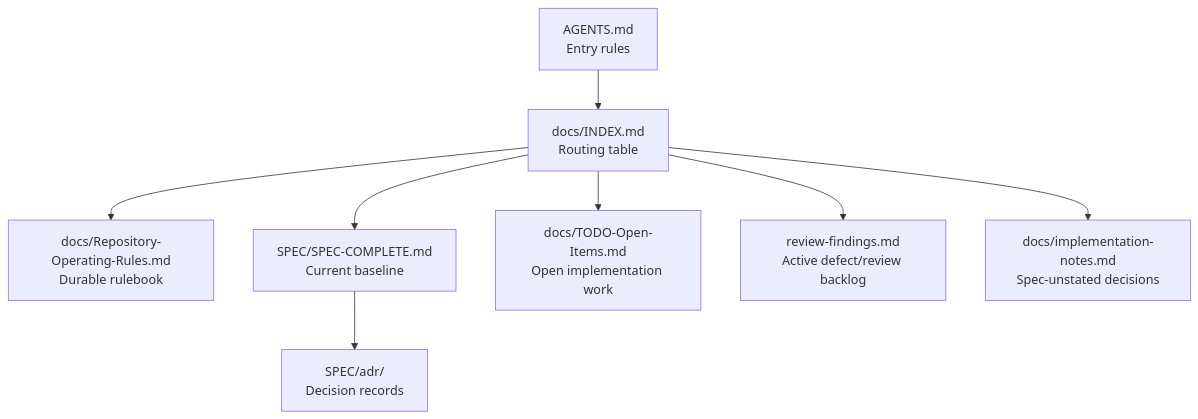
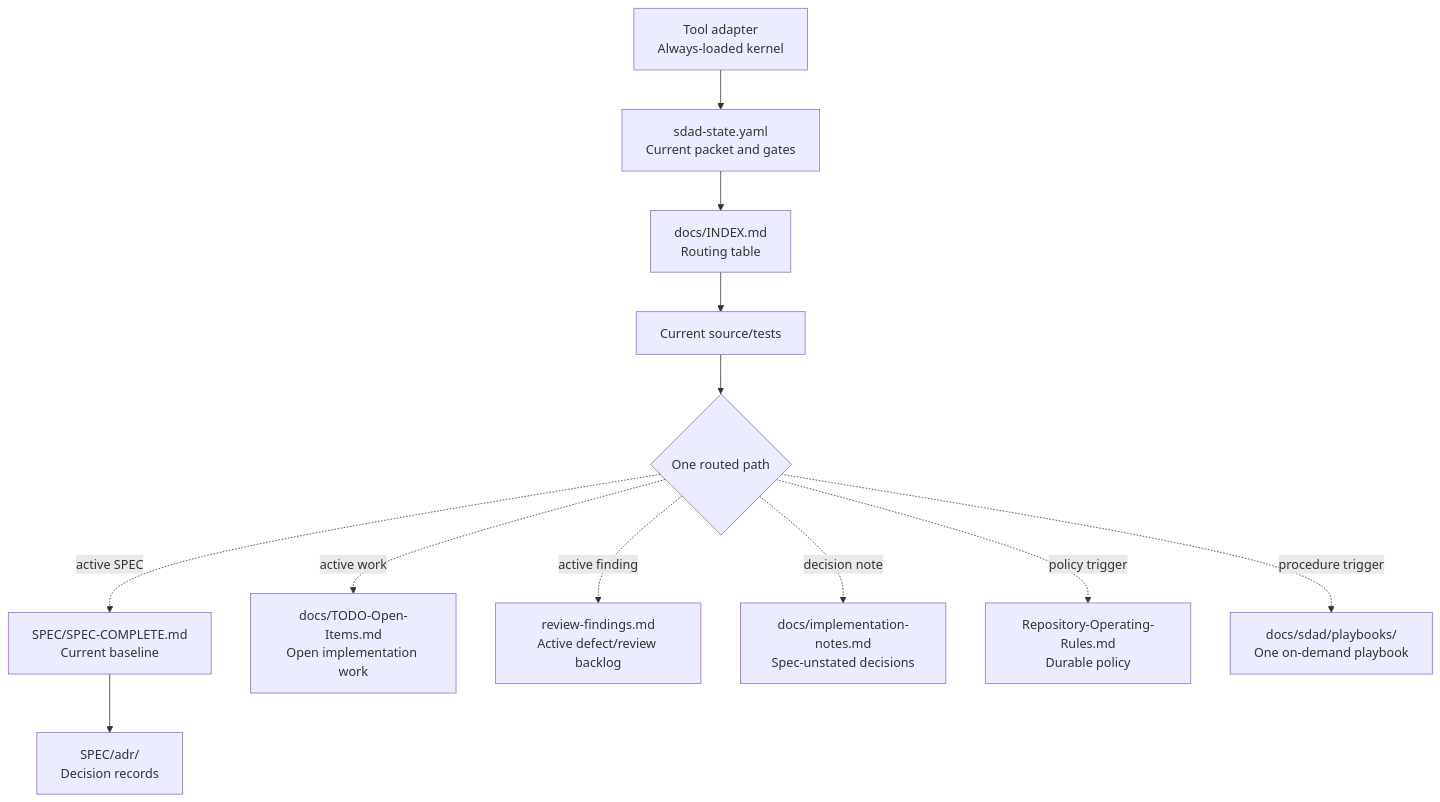
The seventh of 8 diagrams in docs/diagrams.md (LiveTrack-X/spec-driven-ai-development), drawn with Mermaid before and after one commit. The commit also changed other lines of this file and 77 other files, not shown here.

````diff
--- a/docs/diagrams.md
+++ b/docs/diagrams.md
@@ -121,10 +128,14 @@
 ```mermaid
 flowchart TD
-    A["AGENTS.md\nEntry rules"] --> I["docs/INDEX.md\nRouting table"]
-    I --> R["docs/Repository-Operating-Rules.md\nDurable rulebook"]
-    I --> S["SPEC/SPEC-COMPLETE.md\nCurrent baseline"]
-    I --> T["docs/TODO-Open-Items.md\nOpen implementation work"]
-    I --> F["review-findings.md\nActive defect/review backlog"]
-    I --> N["docs/implementation-notes.md\nSpec-unstated decisions"]
+    A["Tool adapter\nAlways-loaded kernel"] --> X["sdad-state.yaml\nCurrent packet and gates"]
+    X --> I["docs/INDEX.md\nRouting table"]
+    I --> C["Current source/tests"]
+    C --> Q{"One routed path"}
+    Q -. "active SPEC" .-> S["SPEC/SPEC-COMPLETE.md\nCurrent baseline"]
+    Q -. "active work" .-> T["docs/TODO-Open-Items.md\nOpen implementation work"]
+    Q -. "active finding" .-> F["review-findings.md\nActive defect/review backlog"]
+    Q -. "decision note" .-> N["docs/implementation-notes.md\nSpec-unstated decisions"]
+    Q -. "policy trigger" .-> R["Repository-Operating-Rules.md\nDurable policy"]
+    Q -. "procedure trigger" .-> P["docs/sdad/playbooks/\nOne on-demand playbook"]
     S --> D["SPEC/adr/\nDecision records"]
 ```
````
